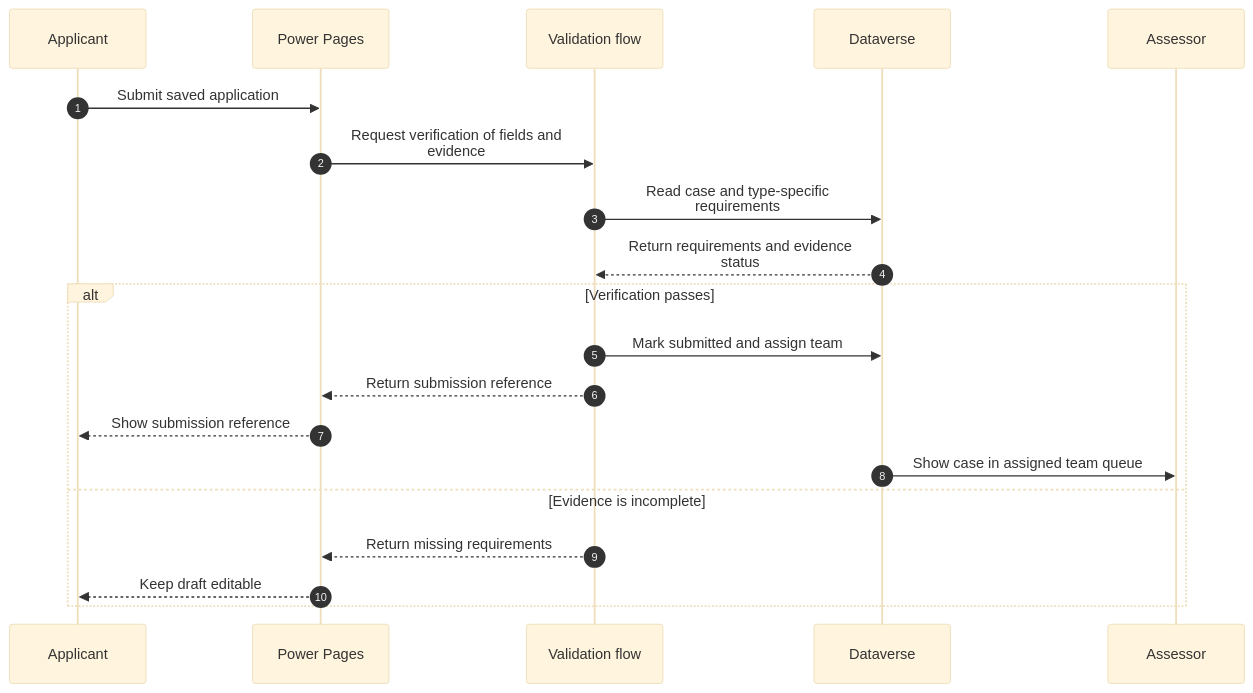
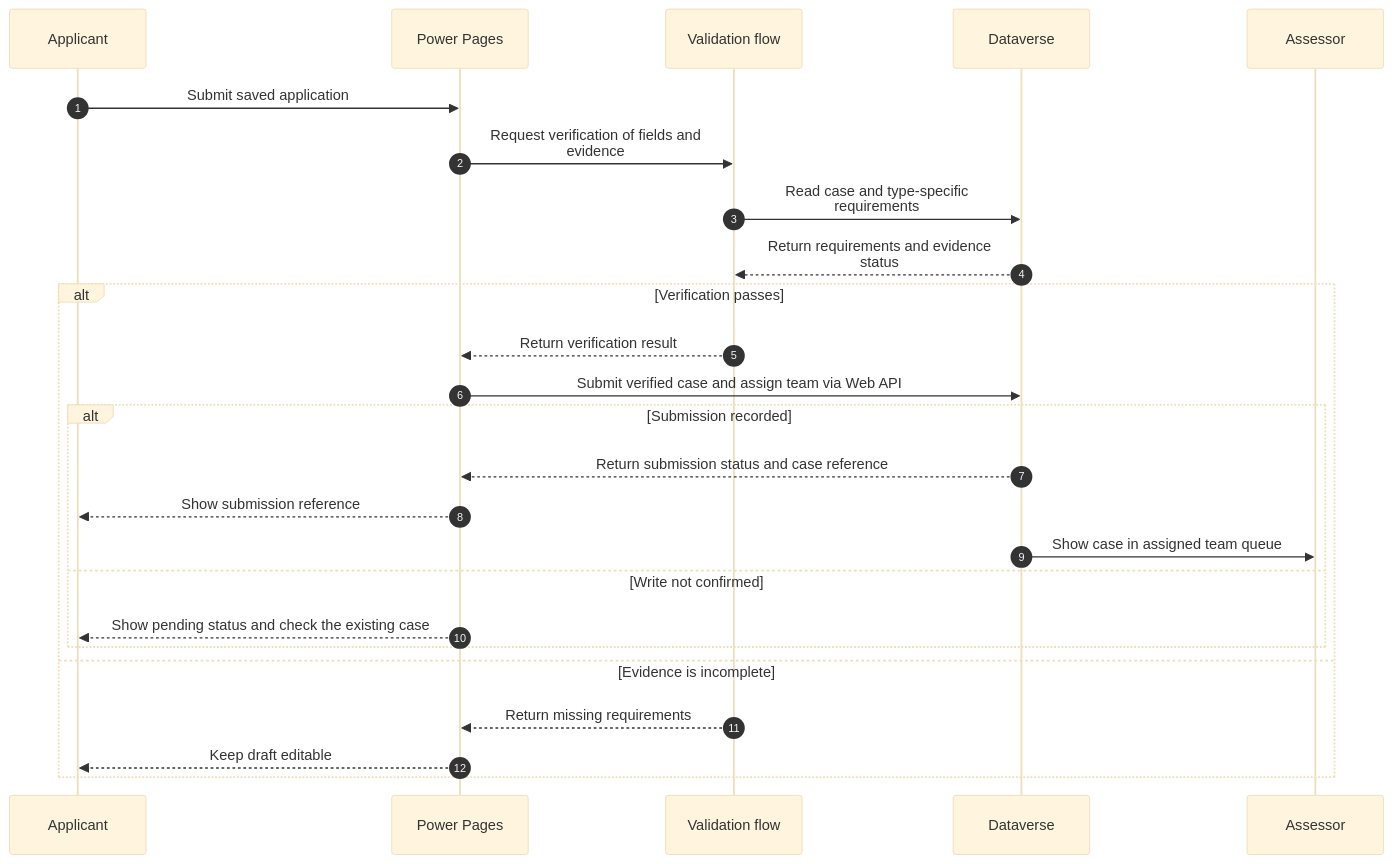
The second of 2 diagrams in reference-architectures/regulatory-applications.md (abhishek-ai-enabler/copilotstudio-architecture-patterns), drawn with Mermaid (base theme) before and after one commit. The commit also changed other lines of this file and 168 other files, not shown here.

First line of the commit message:
Validate AI architecture reviews and illustrate every technical flow

````diff
--- a/reference-architectures/regulatory-applications.md
+++ b/reference-architectures/regulatory-applications.md
@@ -41,23 +48,28 @@
 ```mermaid
 sequenceDiagram
     accTitle: Regulatory applications with separate applicant and assessor workspaces - technical flow
     autonumber
     participant U as Applicant
     participant P as Power Pages
     participant F as Validation flow
     participant D as Dataverse
     participant H as Assessor
     U->>P: Submit saved application
     P->>F: Request verification of fields and<br/>evidence
     F->>D: Read case and type-specific<br/>requirements
     D-->>F: Return requirements and evidence<br/>status
     alt Verification passes
-      F->>D: Mark submitted and assign team
-      F-->>P: Return submission reference
-      P-->>U: Show submission reference
-      D->>H: Show case in assigned team queue
+      F-->>P: Return verification result
+      P->>D: Submit verified case and assign team via Web API
+      alt Submission recorded
+        D-->>P: Return submission status and case reference
+        P-->>U: Show submission reference
+        D->>H: Show case in assigned team queue
+      else Write not confirmed
+        P-->>U: Show pending status and check the existing case
+      end
     else Evidence is incomplete
       F-->>P: Return missing requirements
       P-->>U: Keep draft editable
     end
 ```
````
